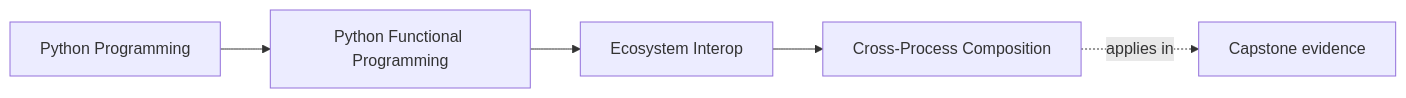
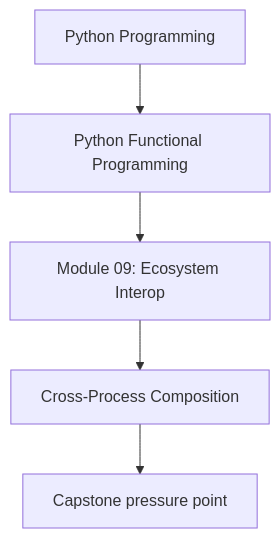
The first of 2 diagrams in programs/python-programming/python-functional-programming/course-book/module-09-ecosystem-interop/cross-process-composition.md (bijux/bijux-masterclass), drawn with Mermaid before and after one commit. The commit also changed other lines of this file and 118 other files, not shown here.

Commit message:
docs(python-functional-programming): align concept page diagrams

````diff
--- a/programs/python-programming/python-functional-programming/course-book/module-09-ecosystem-interop/cross-process-composition.md
+++ b/programs/python-programming/python-functional-programming/course-book/module-09-ecosystem-interop/cross-process-composition.md
@@ -6,11 +6,7 @@
 ```mermaid
-graph LR
-  family["Python Programming"]
-  program["Python Functional Programming"]
-  section["Ecosystem Interop"]
-  page["Cross-Process Composition"]
-  capstone["Capstone evidence"]
-
-  family --> program --> section --> page
-  page -.applies in.-> capstone
+flowchart TD
+  family["Python Programming"] --> program["Python Functional Programming"]
+  program --> module["Module 09: Ecosystem Interop"]
+  module --> concept["Cross-Process Composition"]
+  concept --> capstone["Capstone pressure point"]
 ```
````
